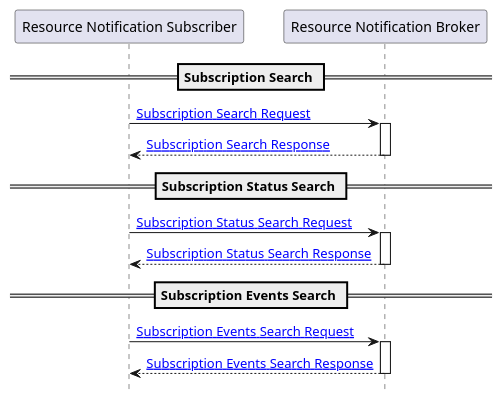
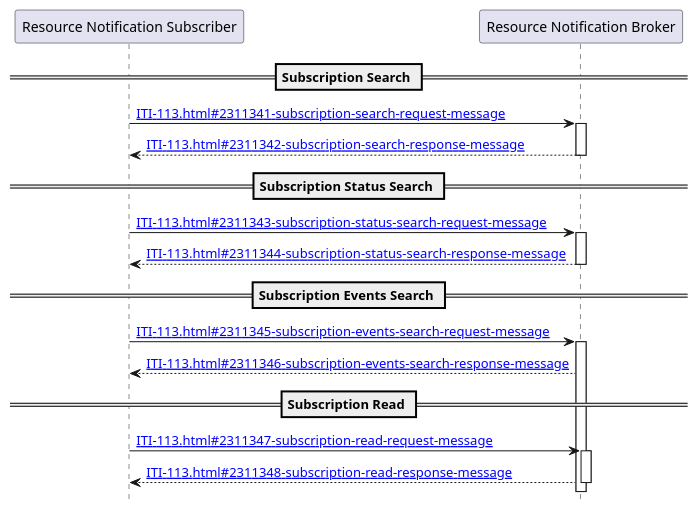
The diagram in input/images-source/ITI-113-Subscription-seq.plantuml (IHE/ITI.DSUBm), drawn with PlantUML before and after one commit. The commit also changed 2 other files, not shown here.

Commit message:
add read fo iti-113

```diff
--- a/input/images-source/ITI-113-Subscription-seq.plantuml
+++ b/input/images-source/ITI-113-Subscription-seq.plantuml
@@ -1,26 +1,31 @@
 @startuml
 hide footbox
 participant "Resource Notification Subscriber" as  Subscriber
 participant "Resource Notification Broker" as  Broker
 
 
 == Subscription Search ==
-Subscriber -> Broker :  [[ITI-113.html#231135-subscription-search-request-message Subscription Search Request]] 
+Subscriber -> Broker :  [[ITI-113.html#2311341-subscription-search-request-message]] 
 activate Broker
-Broker --> Subscriber : [[ITI-113.html#231136-subscription-search-response-message Subscription Search Response]] 
+Broker --> Subscriber : [[ITI-113.html#2311342-subscription-search-response-message]] 
 deactivate Broker
 
 == Subscription Status Search ==
-Subscriber -> Broker : [[ITI-113.html#231137-subscription-status-search-request-message Subscription Status Search Request]] 
+Subscriber -> Broker : [[ITI-113.html#2311343-subscription-status-search-request-message]] 
 activate Broker
-Broker --> Subscriber : [[ITI-113.html#231138-subscription-status-search-response-message Subscription Status Search Response]] 
+Broker --> Subscriber : [[ITI-113.html#2311344-subscription-status-search-response-message]] 
 deactivate Broker
 
 == Subscription Events Search ==
-Subscriber -> Broker : [[ITI-113.html#231139-subscription-events-search-request-message Subscription Events Search Request]] 
+Subscriber -> Broker : [[ITI-113.html#2311345-subscription-events-search-request-message]] 
 activate Broker
-Broker --> Subscriber : [[ITI-113.html#2311310-subscription-events-search-response-message Subscription Events Search Response]] 
+Broker --> Subscriber : [[ITI-113.html#2311346-subscription-events-search-response-message]] 
+
+== Subscription Read ==
+Subscriber -> Broker : [[ITI-113.html#2311347-subscription-read-request-message]] 
+activate Broker
+Broker --> Subscriber : [[ITI-113.html#2311348-subscription-read-response-message]] 
 
 deactivate Broker
 
 @enduml
```
